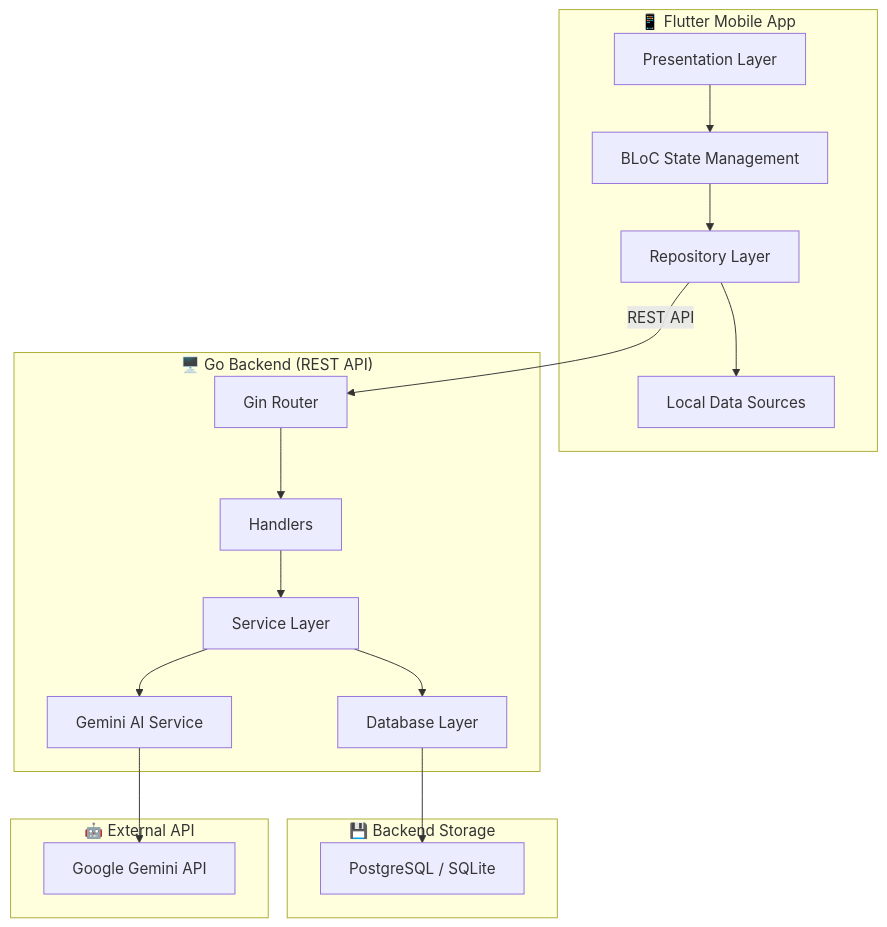
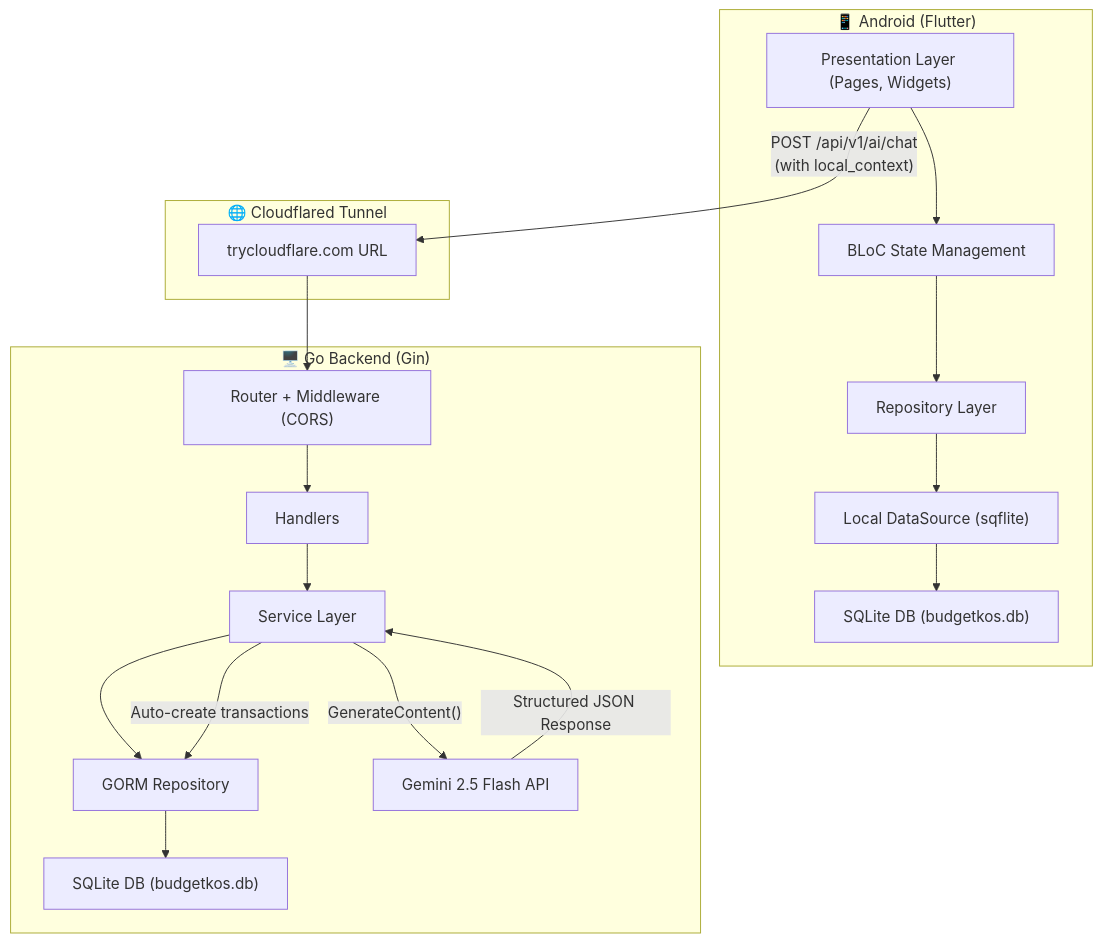
One commit to rafrusth/budgetKos_KB changed the first of 5 diagrams in implementation_plan.md. Above: the diagram before and after it, drawn with Mermaid. The commit also changed other lines of this file, not shown here.

Commit message:
docs: rewrite implementation_plan.md to match current architecture

````diff
--- a/implementation_plan.md
+++ b/implementation_plan.md
@@ -40,36 +67,38 @@
 ```mermaid
 graph TB
-    subgraph Client["📱 Flutter Mobile App"]
-        UI["Presentation Layer"]
+    subgraph Android["📱 Android (Flutter)"]
+        UI["Presentation Layer (Pages, Widgets)"]
         BLoC["BLoC State Management"]
         Repo["Repository Layer"]
-        LocalDB["Local Data Sources"]
+        LocalDS["Local DataSource (sqflite)"]
+        SQLiteLocal["SQLite DB (budgetkos.db)"]
     end
 
-    subgraph Backend["🖥️ Go Backend (REST API)"]
-        Router["Gin Router"]
-        Handler["Handlers"]
-        Service["Service Layer"]
-        AIService["Gemini AI Service"]
-        DBLayer["Database Layer"]
+    subgraph Backend["🖥️ Go Backend (Gin)"]
+        Router["Router + Middleware (CORS)"]
+        Handlers["Handlers"]
+        Services["Service Layer"]
+        GormRepo["GORM Repository"]
+        SQLiteBackend["SQLite DB (budgetkos.db)"]
+        GeminiSDK["Gemini 2.5 Flash API"]
     end
 
-    subgraph Storage["💾 Backend Storage"]
-        PostgreSQL["PostgreSQL / SQLite"]
-    end
-
-    subgraph AI["🤖 External API"]
-        Gemini["Google Gemini API"]
+    subgraph Tunnel["🌐 Cloudflared Tunnel"]
+        CF["trycloudflare.com URL"]
     end
 
     UI --> BLoC
     BLoC --> Repo
-    Repo -->|REST API| Router
-    Repo --> LocalDB
-    Router --> Handler
-    Handler --> Service
-    Service --> AIService
-    Service --> DBLayer
-    AIService --> Gemini
-    DBLayer --> PostgreSQL
+    Repo --> LocalDS
+    LocalDS --> SQLiteLocal
+
+    UI -- "POST /api/v1/ai/chat\n(with local_context)" --> CF
+    CF --> Router
+    Router --> Handlers
+    Handlers --> Services
+    Services --> GormRepo
+    GormRepo --> SQLiteBackend
+    Services -- "GenerateContent()" --> GeminiSDK
+    GeminiSDK -- "Structured JSON Response" --> Services
+    Services -- "Auto-create transactions" --> GormRepo
 ```
````
